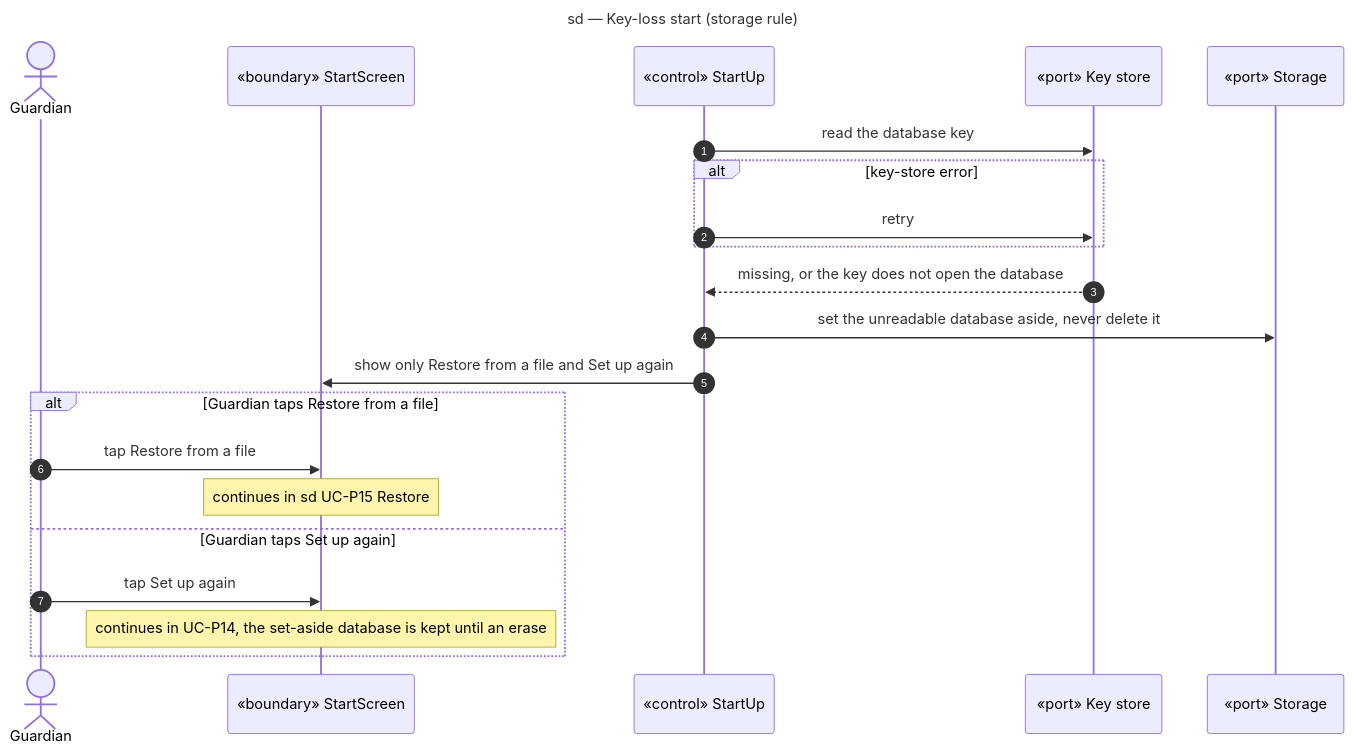
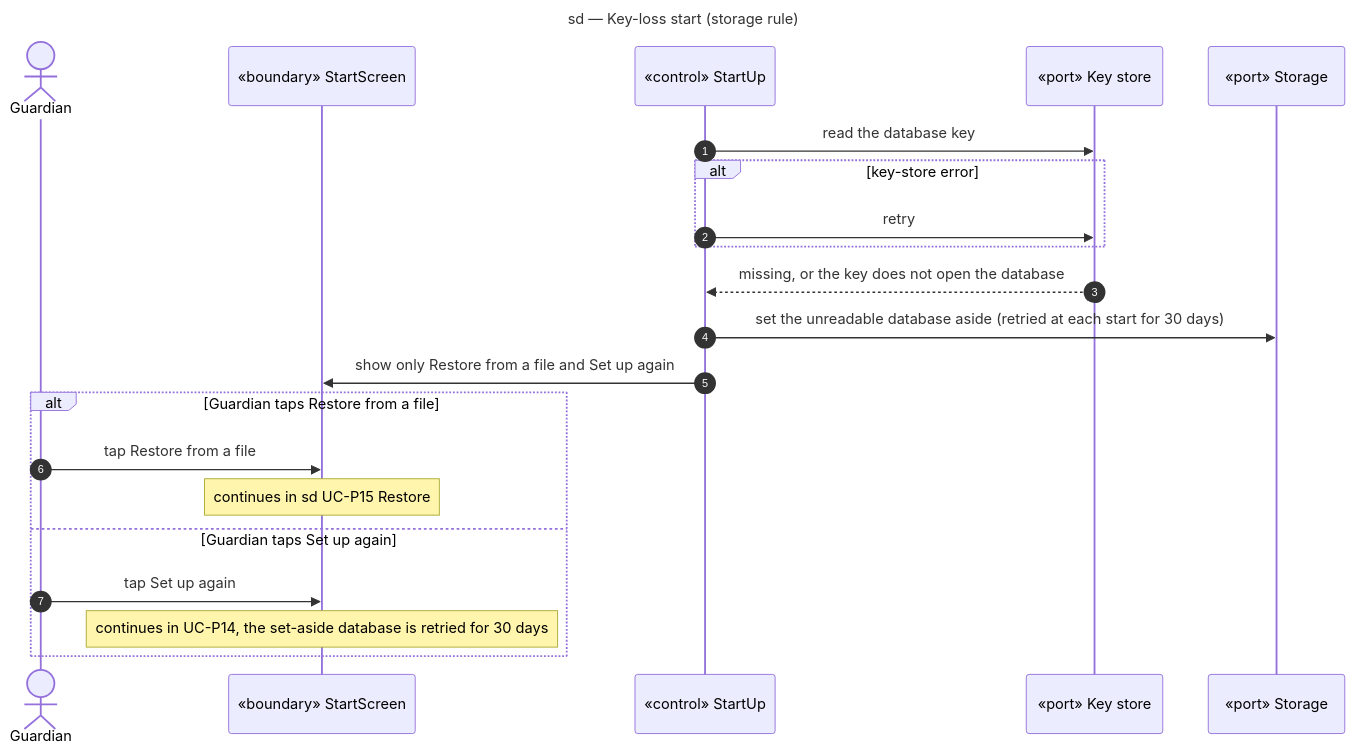
The diagram in docs/architecture/diagrams/parent-space/04-sequence-key-loss-start.md (benoit-bremaud/learn-to-earn), drawn with Mermaid before and after one commit. The commit also changed other lines of this file and 18 other files, not shown here.

````diff
--- a/docs/architecture/diagrams/parent-space/04-sequence-key-loss-start.md
+++ b/docs/architecture/diagrams/parent-space/04-sequence-key-loss-start.md
@@ -16,25 +16,25 @@
 ```mermaid
 sequenceDiagram
   title sd — Key-loss start (storage rule)
   autonumber
   actor Guardian
   participant PUI as «boundary» StartScreen
   participant Start as «control» StartUp
   participant Keys as «port» Key store
   participant Store as «port» Storage
 
   Start->>Keys: read the database key
   alt key-store error
     Start->>Keys: retry
   end
   Keys-->>Start: missing, or the key does not open the database
-  Start->>Store: set the unreadable database aside, never delete it
+  Start->>Store: set the unreadable database aside (retried at each start for 30 days)
   Start->>PUI: show only Restore from a file and Set up again
   alt Guardian taps Restore from a file
     Guardian->>PUI: tap Restore from a file
     Note over PUI: continues in sd UC-P15 Restore
   else Guardian taps Set up again
     Guardian->>PUI: tap Set up again
-    Note over PUI: continues in UC-P14, the set-aside database is kept until an erase
+    Note over PUI: continues in UC-P14, the set-aside database is retried for 30 days
   end
 ```
````
